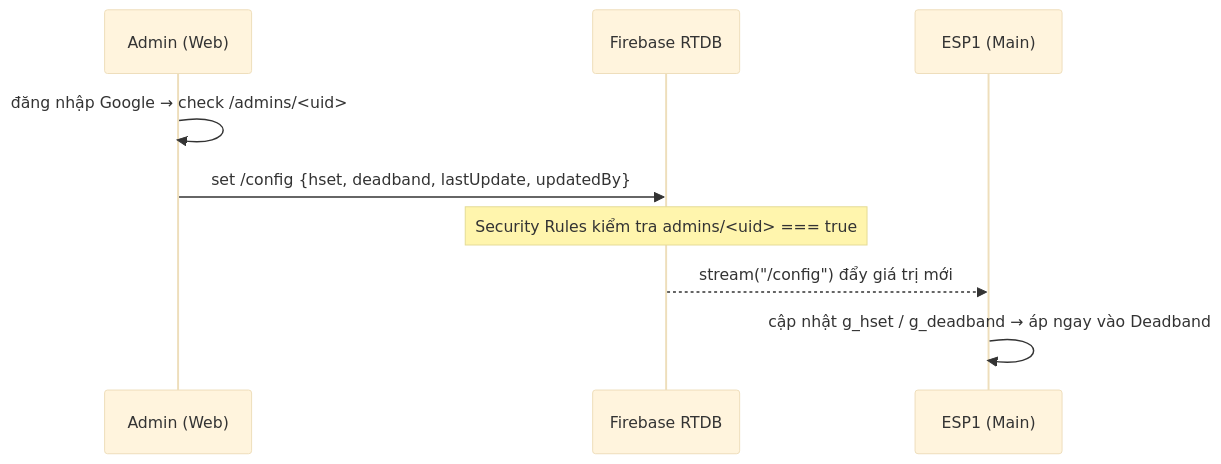
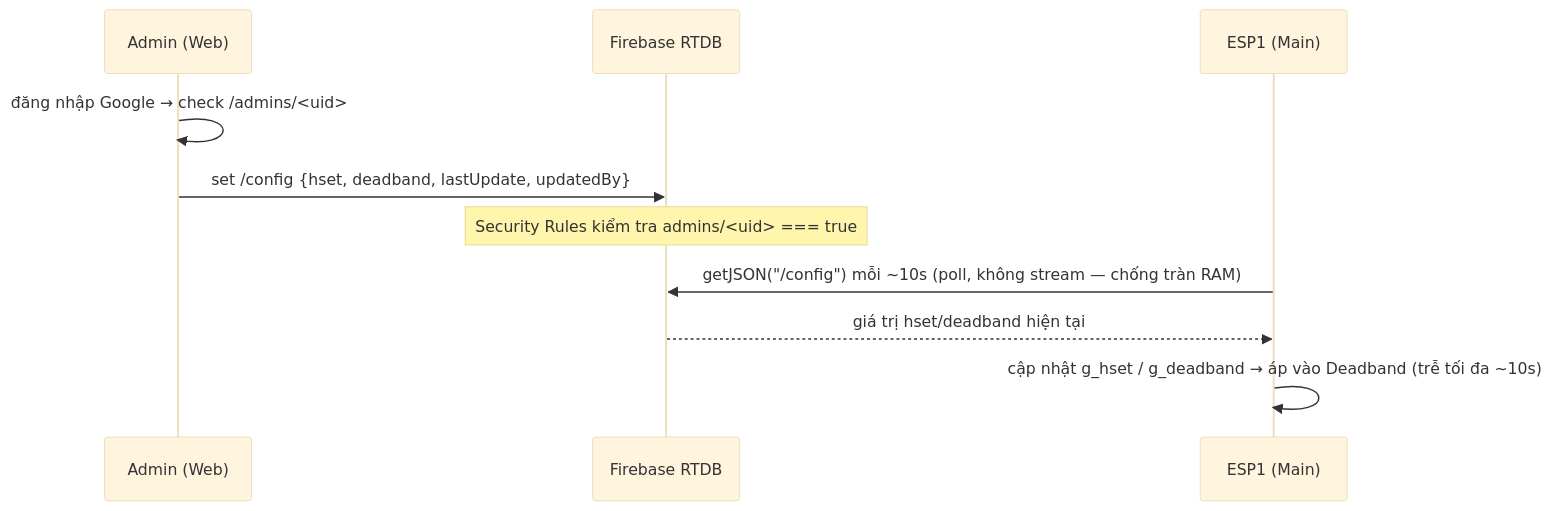
Before and after one commit to 2591317-student/smart-humidity-iot: the third of 5 diagrams in docs/ARCHITECTURE.md, drawn with Mermaid (base theme). The commit also changed other lines of this file and 24 other files, not shown here.

````diff
--- a/docs/ARCHITECTURE.md
+++ b/docs/ARCHITECTURE.md
@@ -108,12 +108,13 @@
 ```mermaid
 sequenceDiagram
     participant A as Admin (Web)
     participant FB as Firebase RTDB
     participant M as ESP1 (Main)
 
     A->>A: đăng nhập Google → check /admins/<uid>
     A->>FB: set /config {hset, deadband, lastUpdate, updatedBy}
     Note over FB: Security Rules kiểm tra admins/<uid> === true
-    FB-->>M: stream("/config") đẩy giá trị mới
-    M->>M: cập nhật g_hset / g_deadband → áp ngay vào Deadband
+    M->>FB: getJSON("/config") mỗi ~10s (poll, không stream — chống tràn RAM)
+    FB-->>M: giá trị hset/deadband hiện tại
+    M->>M: cập nhật g_hset / g_deadband → áp vào Deadband (trễ tối đa ~10s)
 ```
````
